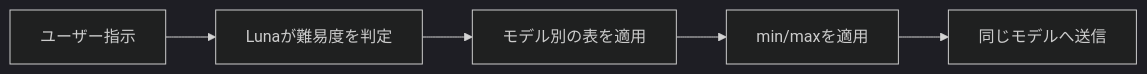
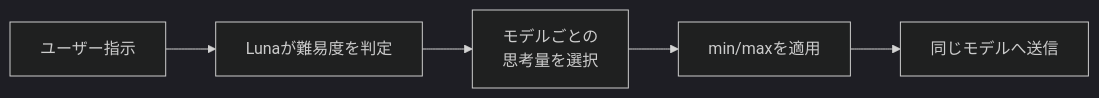
The diagram in README.md (MametaroGG/OpenCode-Codex-AutoReasoning), drawn with Mermaid (dark theme) before and after one commit. The commit also changed 1 other file, not shown here.

Commit message:
Clarify the model-policy step in the README diagrams
Replace the ambiguous 'apply model-specific table' label with 'select the effort for the chosen model' in both Japanese and English Mermaid diagrams.

````diff
--- a/README.md
+++ b/README.md
@@ -18,7 +18,7 @@
 ```mermaid
 flowchart LR
     A[ユーザー指示] --> B[Lunaが難易度を判定]
-    B --> C[モデル別の表を適用]
+    B --> C[モデルごとの<br/>思考量を選択]
     C --> D[min/maxを適用]
     D --> E[同じモデルへ送信]
 ```
````
